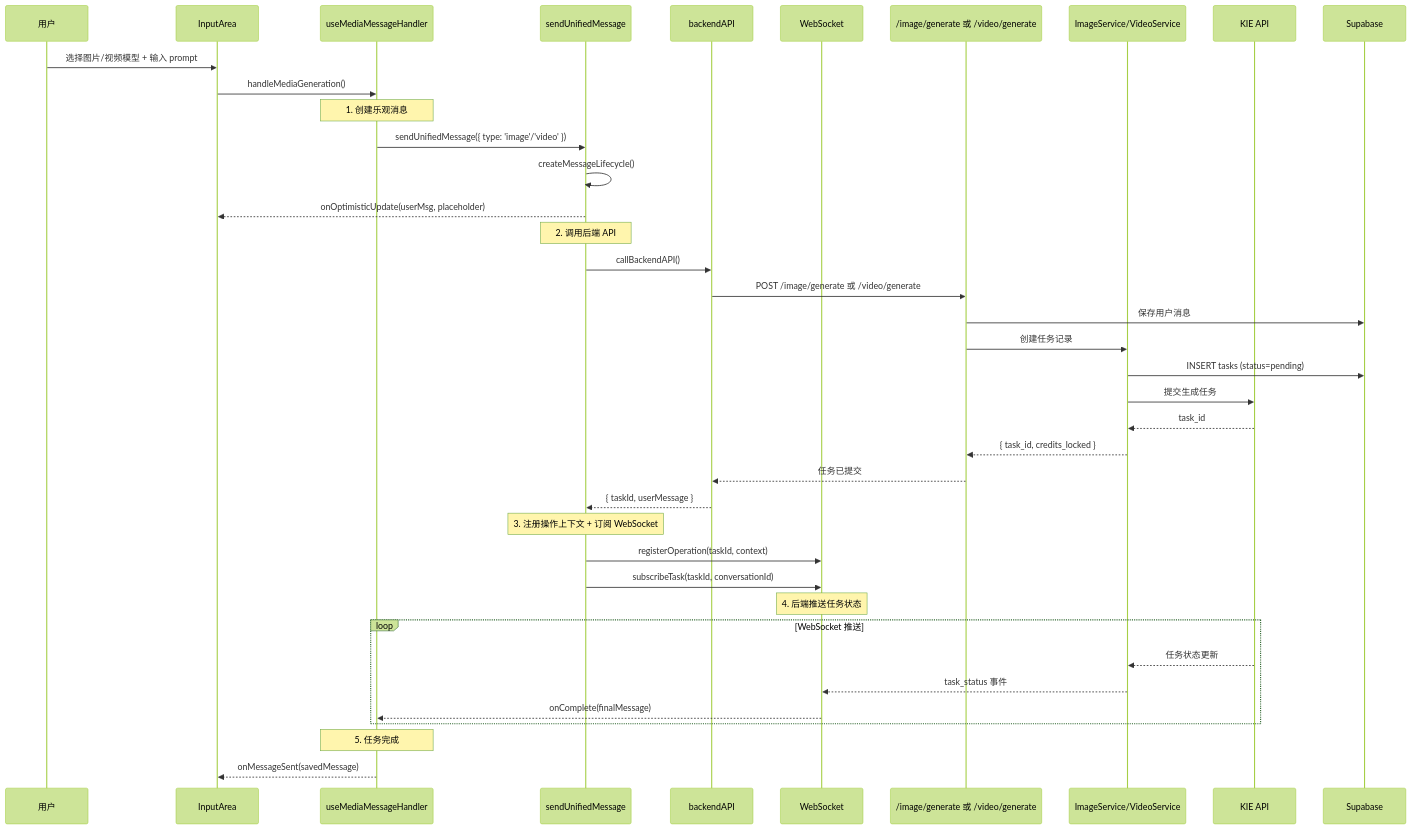
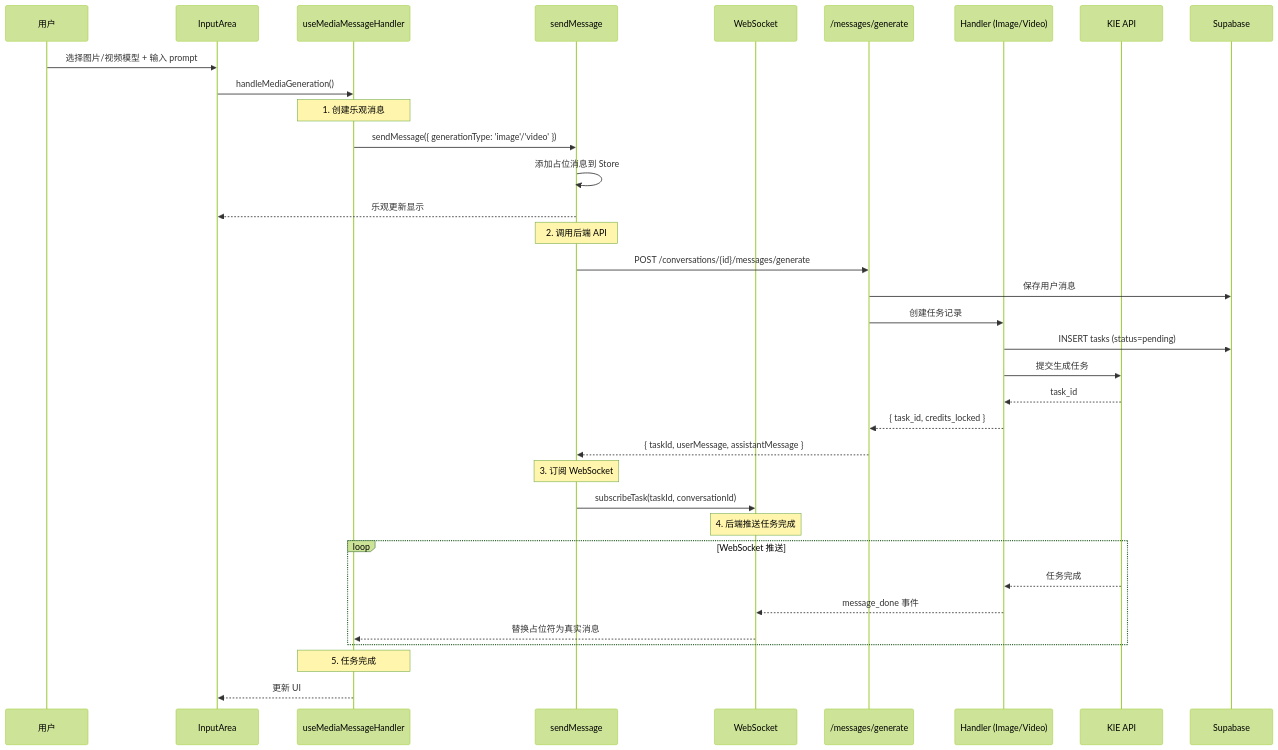
One commit to wucong75644-crypto/EVERYDAYAIONE changed the fifth of 9 diagrams in docs/FLOW_DIAGRAMS.md. Above: the diagram before and after it, drawn with Mermaid (forest theme). The commit also changed other lines of this file and 80 other files, not shown here.

````diff
--- a/docs/FLOW_DIAGRAMS.md
+++ b/docs/FLOW_DIAGRAMS.md
@@ -246,47 +246,43 @@
 ```mermaid
 sequenceDiagram
     participant User as 用户
     participant InputArea as InputArea
     participant Handler as useMediaMessageHandler
-    participant Sender as sendUnifiedMessage
-    participant BackendAPI as backendAPI
+    participant Sender as sendMessage
     participant WS as WebSocket
-    participant API as /image/generate 或 /video/generate
-    participant Service as ImageService/VideoService
+    participant API as /messages/generate
+    participant Service as Handler (Image/Video)
     participant KIE as KIE API
     participant DB as Supabase
 
     User->>InputArea: 选择图片/视频模型 + 输入 prompt
     InputArea->>Handler: handleMediaGeneration()
 
     Note over Handler: 1. 创建乐观消息
-    Handler->>Sender: sendUnifiedMessage({ type: 'image'/'video' })
-    Sender->>Sender: createMessageLifecycle()
-    Sender-->>InputArea: onOptimisticUpdate(userMsg, placeholder)
+    Handler->>Sender: sendMessage({ generationType: 'image'/'video' })
+    Sender->>Sender: 添加占位消息到 Store
+    Sender-->>InputArea: 乐观更新显示
 
     Note over Sender: 2. 调用后端 API
-    Sender->>BackendAPI: callBackendAPI()
-    BackendAPI->>API: POST /image/generate 或 /video/generate
+    Sender->>API: POST /conversations/{id}/messages/generate
     API->>DB: 保存用户消息
     API->>Service: 创建任务记录
     Service->>DB: INSERT tasks (status=pending)
     Service->>KIE: 提交生成任务
     KIE-->>Service: task_id
     Service-->>API: { task_id, credits_locked }
-    API-->>BackendAPI: 任务已提交
-    BackendAPI-->>Sender: { taskId, userMessage }
+    API-->>Sender: { taskId, userMessage, assistantMessage }
 
-    Note over Sender: 3. 注册操作上下文 + 订阅 WebSocket
-    Sender->>WS: registerOperation(taskId, context)
+    Note over Sender: 3. 订阅 WebSocket
     Sender->>WS: subscribeTask(taskId, conversationId)
 
-    Note over WS: 4. 后端推送任务状态
+    Note over WS: 4. 后端推送任务完成
     loop WebSocket 推送
-        KIE-->>Service: 任务状态更新
-        Service-->>WS: task_status 事件
-        WS-->>Handler: onComplete(finalMessage)
+        KIE-->>Service: 任务完成
+        Service-->>WS: message_done 事件
+        WS-->>Handler: 替换占位符为真实消息
     end
 
     Note over Handler: 5. 任务完成
-    Handler-->>InputArea: onMessageSent(savedMessage)
+    Handler-->>InputArea: 更新 UI
 ```
````
